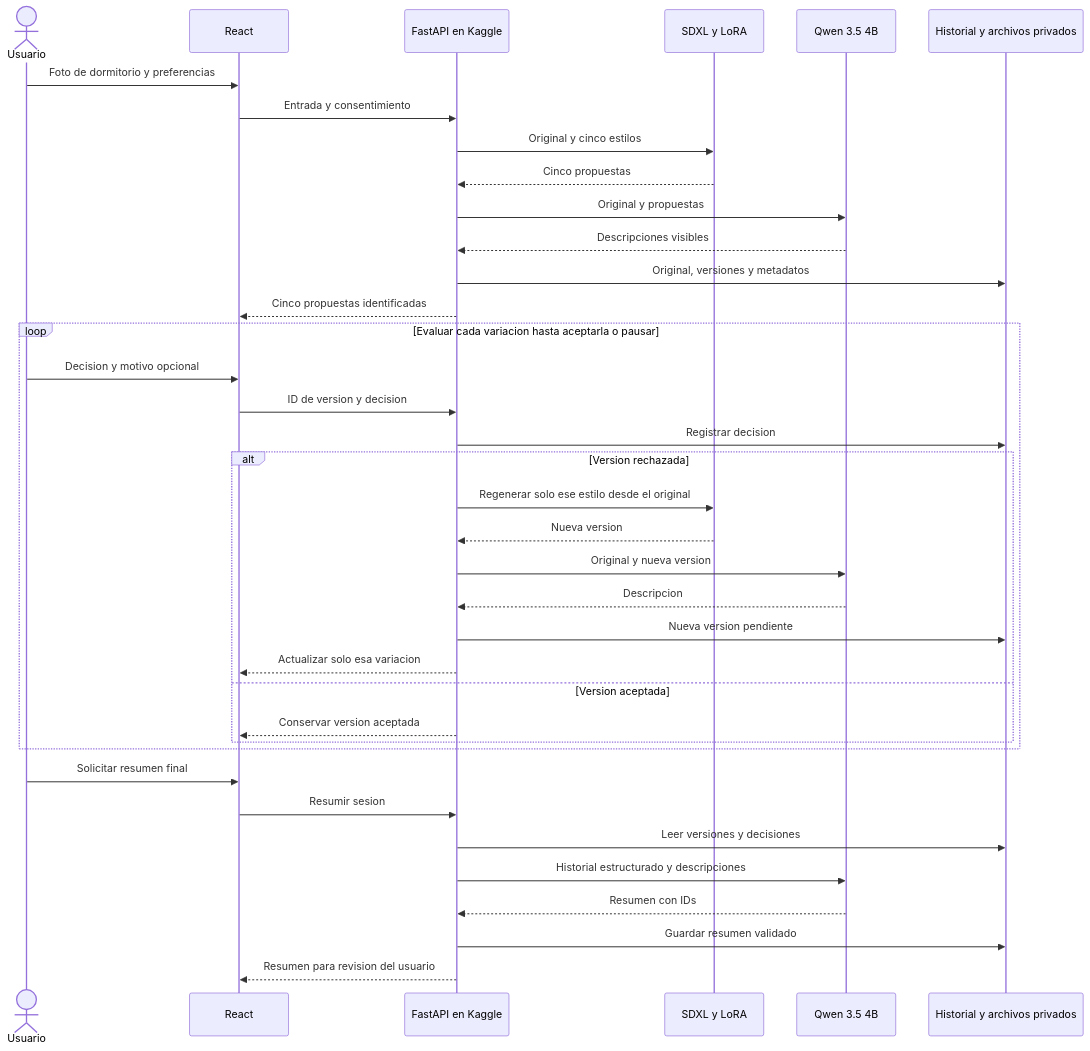
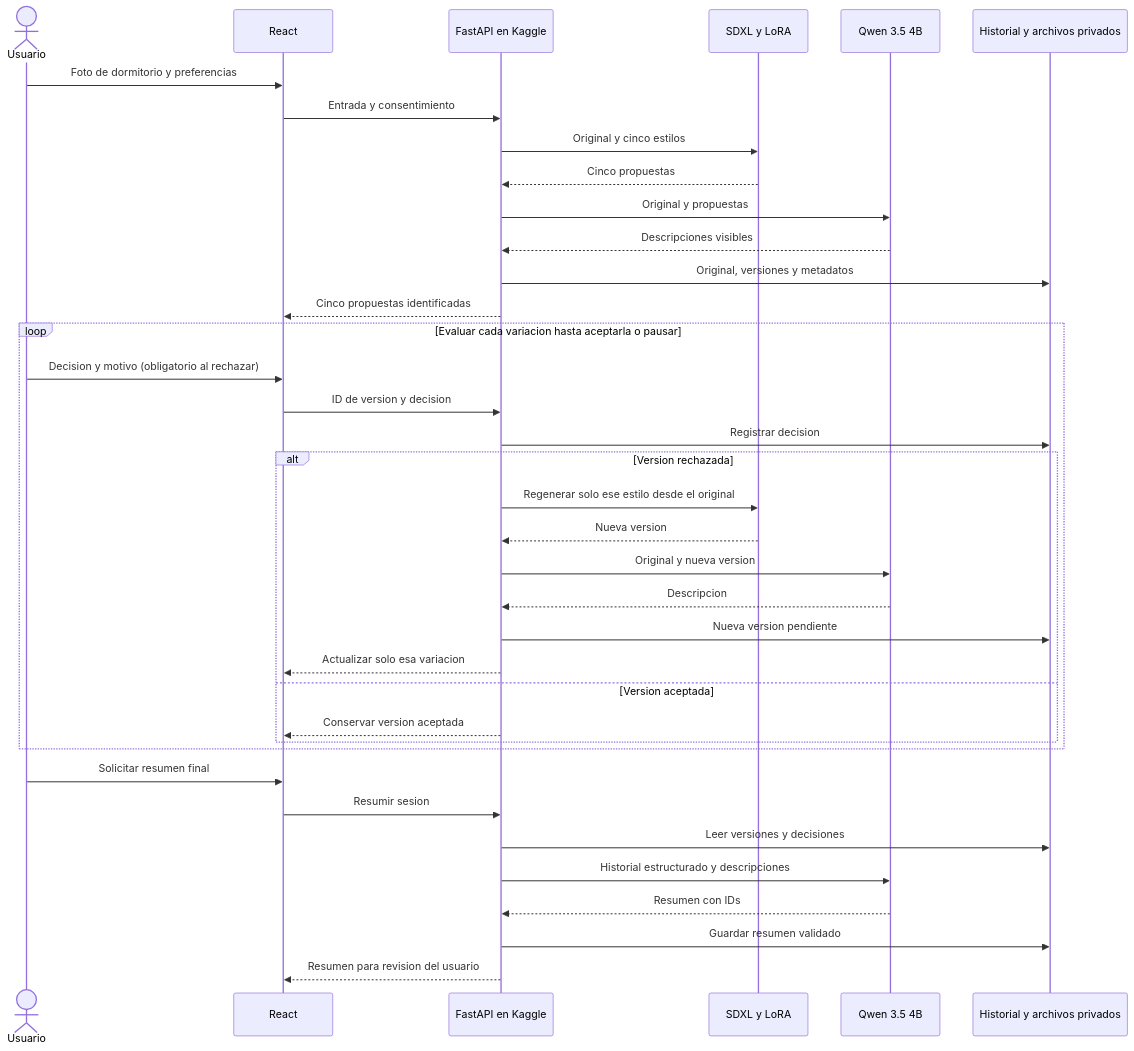
Before and after one commit to jeffreymonjacastro/ptdia-proyecto2: the diagram in blueprint/plan/plan3.md, drawn with Mermaid. The commit also changed other lines of this file and 6 other files, not shown here.

````diff
--- a/blueprint/plan/plan3.md
+++ b/blueprint/plan/plan3.md
@@ -39,39 +39,39 @@
 ```mermaid
 sequenceDiagram
     actor U as Usuario
     participant F as React
     participant A as FastAPI en Kaggle
     participant G as SDXL y LoRA
     participant M as Qwen 3.5 4B
     participant D as Historial y archivos privados
     U->>F: Foto de dormitorio y preferencias
     F->>A: Entrada y consentimiento
     A->>G: Original y cinco estilos
     G-->>A: Cinco propuestas
     A->>M: Original y propuestas
     M-->>A: Descripciones visibles
     A->>D: Original, versiones y metadatos
     A-->>F: Cinco propuestas identificadas
     loop Evaluar cada variacion hasta aceptarla o pausar
-        U->>F: Decision y motivo opcional
+        U->>F: Decision y motivo (obligatorio al rechazar)
         F->>A: ID de version y decision
         A->>D: Registrar decision
         alt Version rechazada
             A->>G: Regenerar solo ese estilo desde el original
             G-->>A: Nueva version
             A->>M: Original y nueva version
             M-->>A: Descripcion
             A->>D: Nueva version pendiente
             A-->>F: Actualizar solo esa variacion
         else Version aceptada
             A-->>F: Conservar version aceptada
         end
     end
     U->>F: Solicitar resumen final
     F->>A: Resumir sesion
     A->>D: Leer versiones y decisiones
     A->>M: Historial estructurado y descripciones
     M-->>A: Resumen con IDs
     A->>D: Guardar resumen validado
     A-->>F: Resumen para revision del usuario
 ```
````
